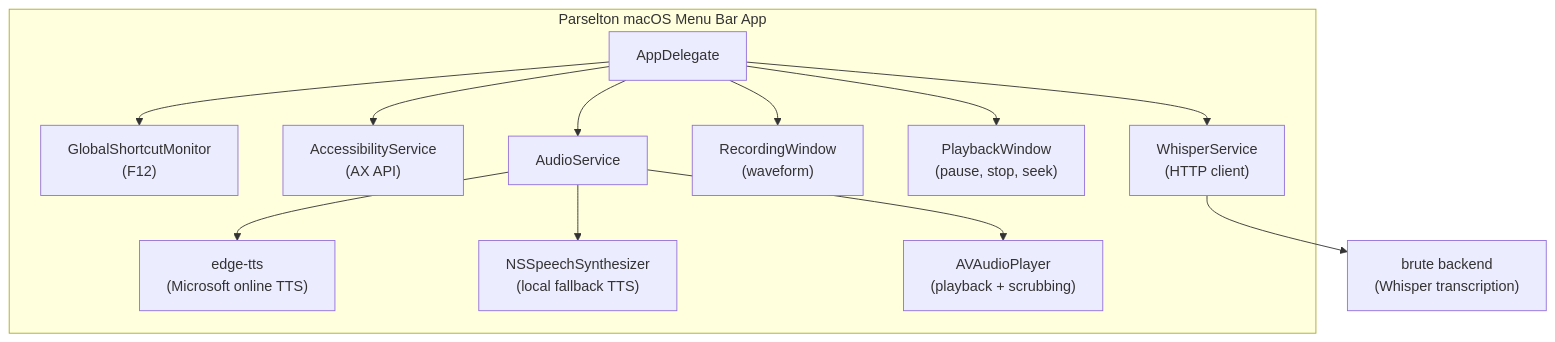
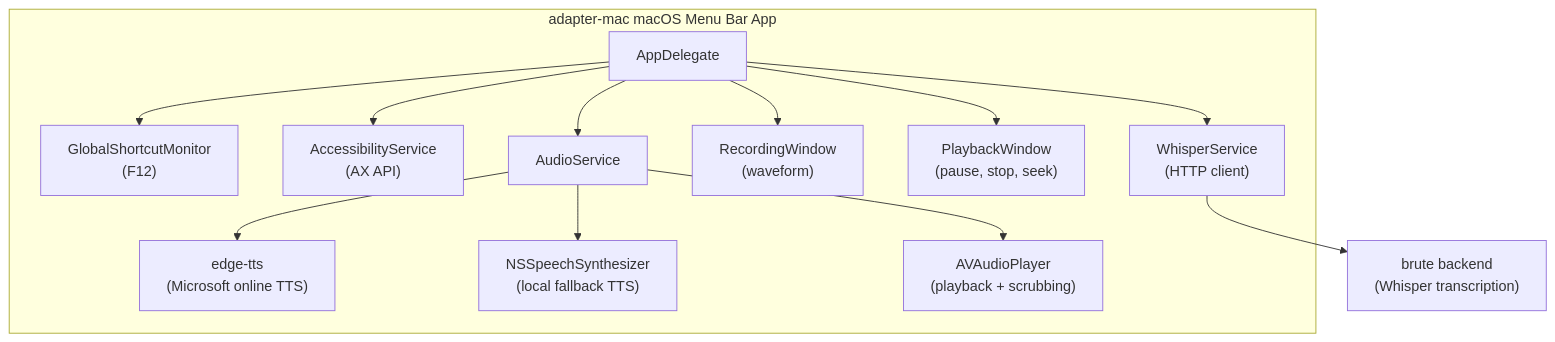
Before and after one commit to A2gent/adapter-mac: the diagram in SETUP.md, drawn with Mermaid. The commit also changed other lines of this file and 11 other files, not shown here.

First line of the commit message:
chore: rebrand Parselton as adapter-mac

````diff
--- a/SETUP.md
+++ b/SETUP.md
@@ -46,28 +46,28 @@
 ```mermaid
 flowchart TD
-    subgraph App["Parselton macOS Menu Bar App"]
+    subgraph App["adapter-mac macOS Menu Bar App"]
         AD["AppDelegate"]
         GSM["GlobalShortcutMonitor<br/>(F12)"]
         AX["AccessibilityService<br/>(AX API)"]
         AS["AudioService"]
         RW["RecordingWindow<br/>(waveform)"]
         PW["PlaybackWindow<br/>(pause, stop, seek)"]
         WS["WhisperService<br/>(HTTP client)"]
         EDGE["edge-tts<br/>(Microsoft online TTS)"]
         NSS["NSSpeechSynthesizer<br/>(local fallback TTS)"]
         PLAYER["AVAudioPlayer<br/>(playback + scrubbing)"]
     end
 
     AD --> GSM
     AD --> AX
     AD --> AS
     AD --> RW
     AD --> PW
     AD --> WS
 
     AS --> EDGE
     AS --> NSS
     AS --> PLAYER
 
     WS --> BRUTE["brute backend<br/>(Whisper transcription)"]
 ```
````
